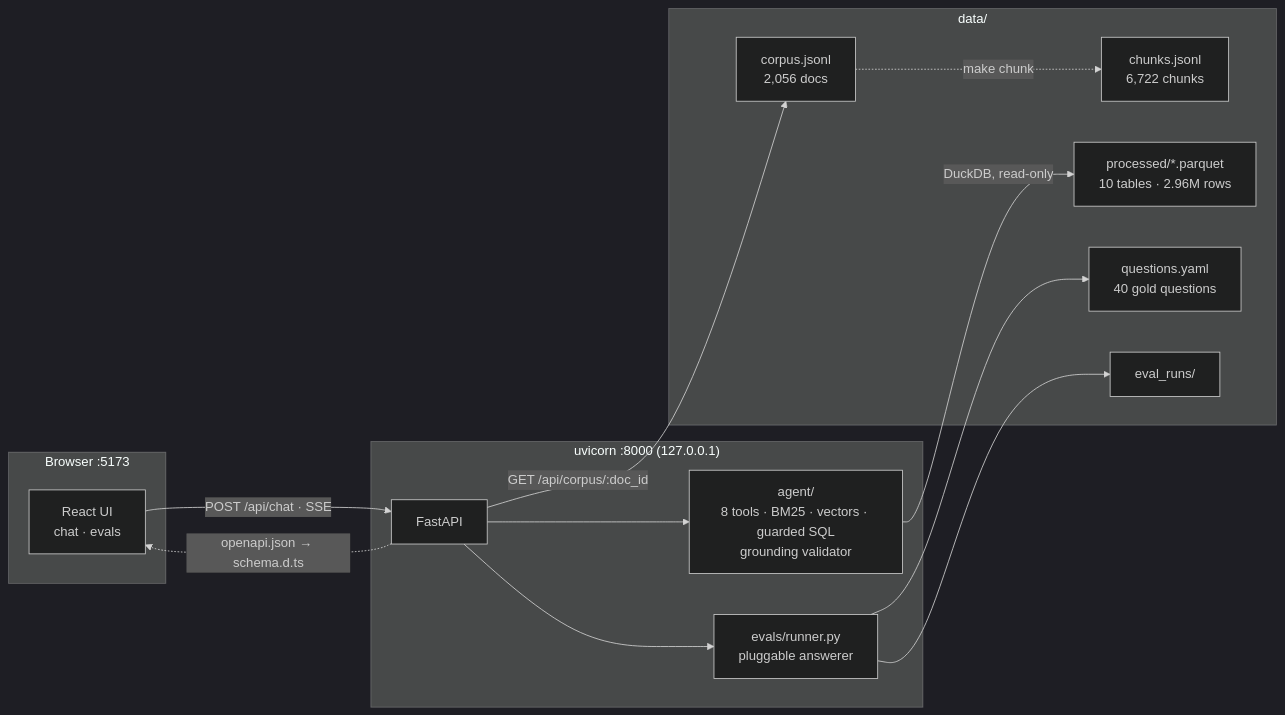
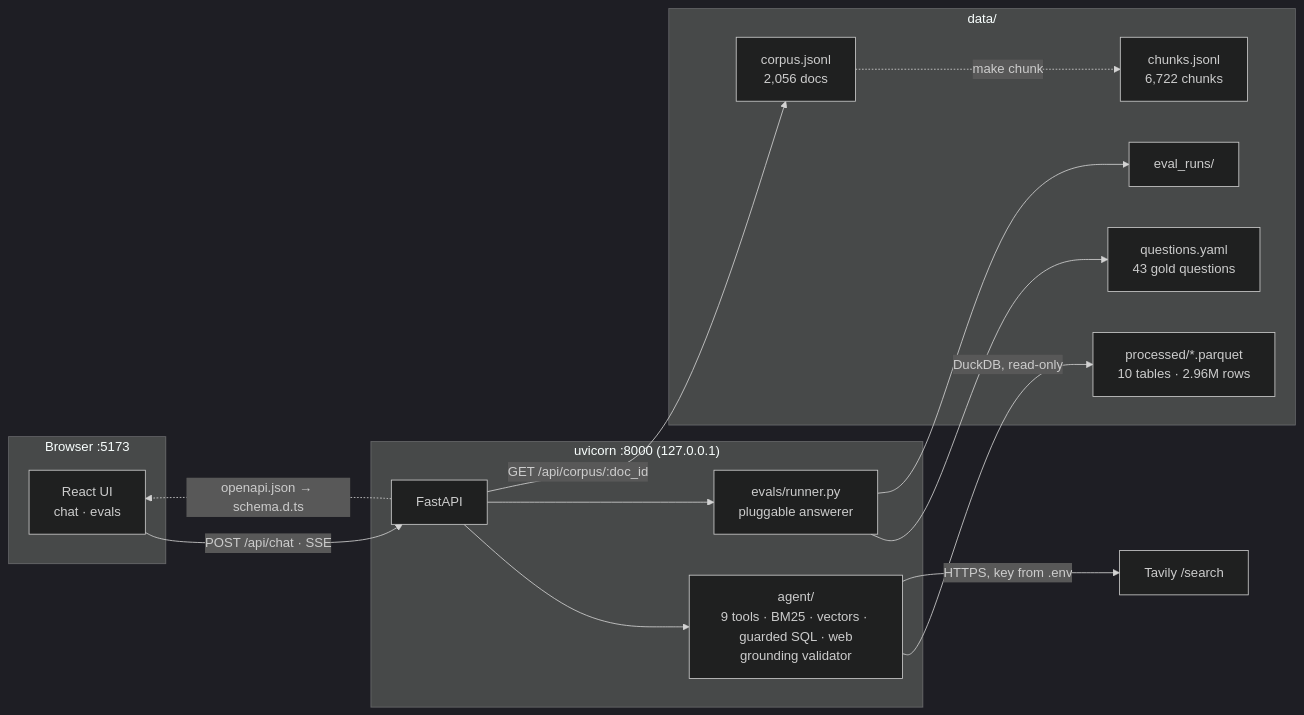
Before and after one commit to ohandyya/health-coverage-navigator: the second of 3 diagrams in README.md, drawn with Mermaid (dark theme). The commit also changed other lines of this file and 53 other files, not shown here.

First line of the commit message:
Add Tavily API key placeholder to .env.example (#19)

````diff
--- a/README.md
+++ b/README.md
@@ -227,29 +278,30 @@
 ```mermaid
 flowchart LR
     subgraph browser["Browser :5173"]
         UI["React UI<br/>chat · evals"]
     end
     subgraph api["uvicorn :8000 (127.0.0.1)"]
         FA["FastAPI"]
-        AGT["agent/<br/>8 tools · BM25 · vectors · guarded SQL<br/>grounding validator"]
+        AGT["agent/<br/>9 tools · BM25 · vectors · guarded SQL · web<br/>grounding validator"]
         EV["evals/runner.py<br/>pluggable answerer"]
     end
     subgraph disk["data/"]
         CORP["corpus.jsonl<br/>2,056 docs"]
         CHUNK["chunks.jsonl<br/>6,722 chunks"]
         MIR["processed/*.parquet<br/>10 tables · 2.96M rows"]
-        GOLD["questions.yaml<br/>40 gold questions"]
+        GOLD["questions.yaml<br/>43 gold questions"]
         RUNS["eval_runs/"]
     end
 
     UI -->|"POST /api/chat · SSE"| FA
     FA --> AGT
     FA --> EV
     EV --> GOLD
     EV --> RUNS
     FA -->|"GET /api/corpus/:doc_id"| CORP
     AGT -->|DuckDB, read-only| MIR
+    AGT -->|"HTTPS, key from .env"| TAV["Tavily /search"]
     CORP -.->|make chunk| CHUNK
 
     FA -.->|"openapi.json → schema.d.ts"| UI
 ```
````
